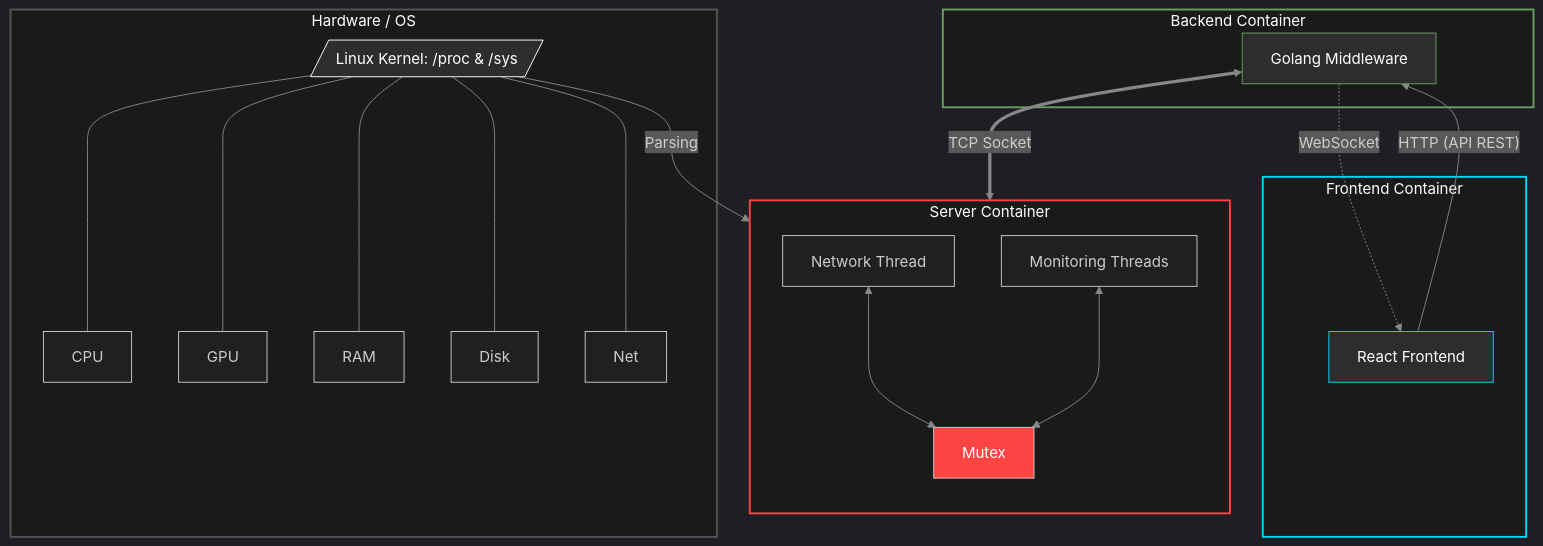
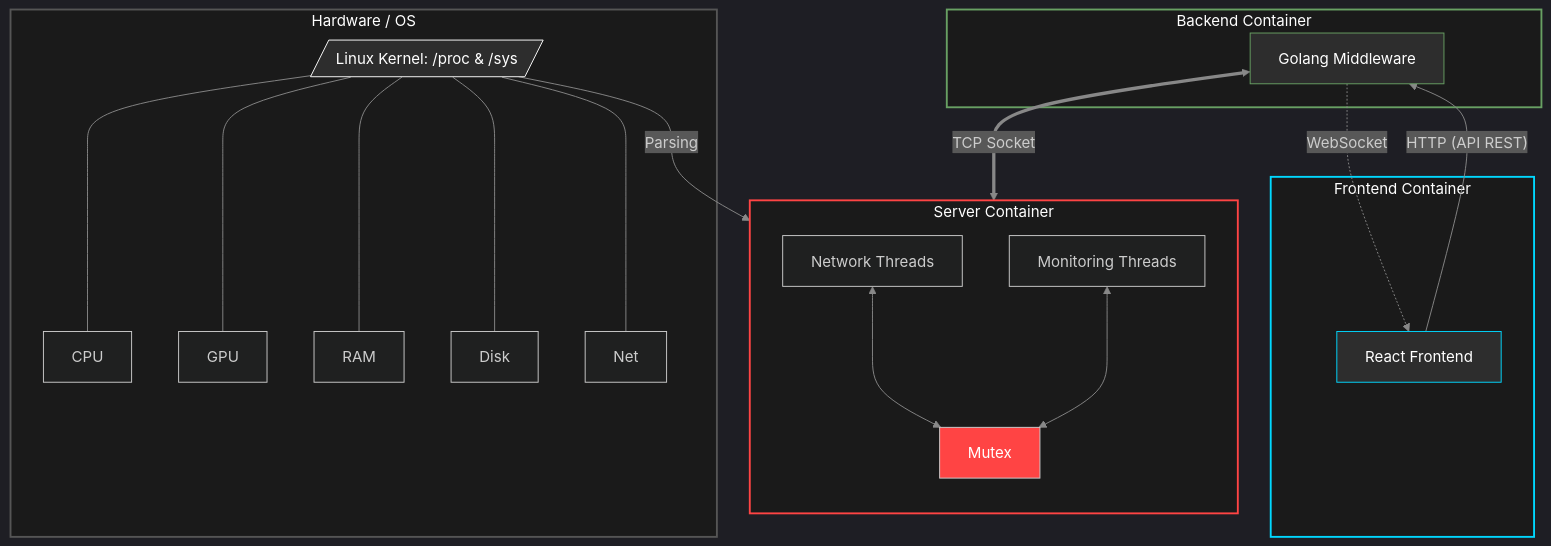
One commit to LucasM4r/RT-TELEMETRY-DASHBOARD changed the diagram in README.md. Above: the diagram before and after it, drawn with Mermaid. The commit also changed other lines of this file, not shown here.

````diff
--- a/README.md
+++ b/README.md
@@ -11,46 +11,46 @@
 ```mermaid
 ---
 config:
   themeVariables:
     lineColor: '#888'
   theme: dark
   layout: dagre
 ---
 flowchart TB
  subgraph Hardware["Hardware / OS"]
         Kernel[/"Linux Kernel: /proc & /sys"/]
         CPU["CPU"]
         GPU["GPU"]
         RAM["RAM"]
         Disk["Disk"]
         Net["Net"]
   end
  subgraph C_Server["Server Container"]
     direction TB
-        NetThread["Network Thread"]
+        NetThread["Network Threads"]
         Mutex["Mutex"]
         MonThreads["Monitoring Threads"]
   end
  subgraph Backend["Backend Container"]
         Go["Golang Middleware"]
   end
  subgraph Client["Frontend Container"]
         React["React Frontend"]
   end
     Kernel --- CPU & GPU & RAM & Disk & Net
     NetThread <---> Mutex
     MonThreads <---> Mutex
     Kernel -- Parsing --> MonThreads
     React -- HTTP (API REST) --> Go
     Go -. WebSocket .-> React
     Go <== TCP Socket ==> NetThread
 
     style Kernel fill:#2d2d2d,stroke:#fff,color:#fff
     style Mutex fill:#ff4444,color:#fff
     style Go fill:#2d2d2d,stroke:#68a063,color:#fff
     style React fill:#2d2d2d,stroke:#00d8ff,color:#fff
     style Hardware fill:#1a1a1a,stroke:#555,stroke-width:2px,color:#fff
     style C_Server fill:#1a1a1a,stroke:#ff4444,stroke-width:2px,color:#fff
     style Backend fill:#1a1a1a,stroke:#68a063,stroke-width:2px,color:#fff
     style Client fill:#1a1a1a,stroke:#00d8ff,stroke-width:2px,color:#fff
 ```
````
